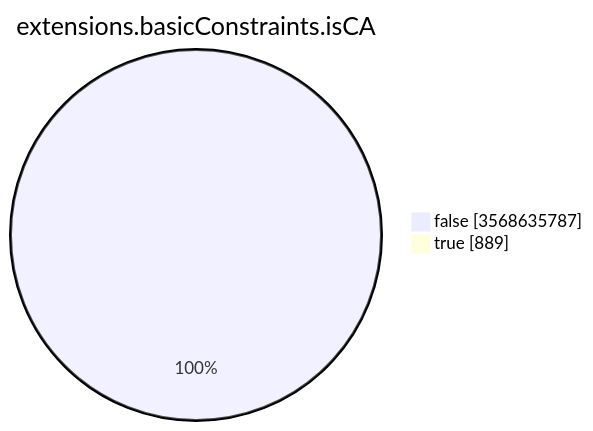
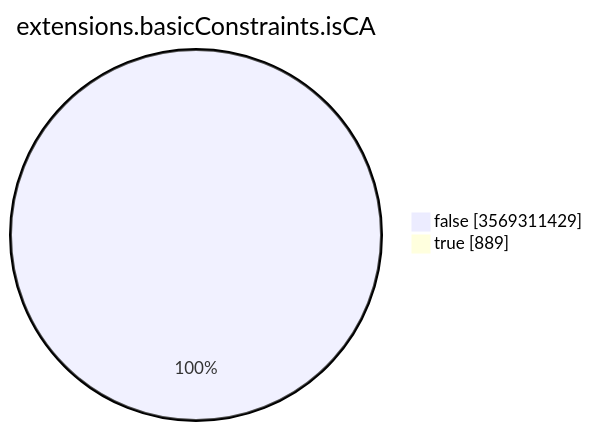
The seventh of 15 diagrams in TOTAL/README.md (christiankrug/ctmonitor_visualization), drawn with Mermaid before and after one commit. The commit also changed other lines of this file, not shown here.

````diff
--- a/TOTAL/README.md
+++ b/TOTAL/README.md
@@ -3094,6 +3094,6 @@
 ```mermaid
 pie showData
 title extensions.basicConstraints.isCA
-"false" :3568635787
+"false" :3569311429
 "true" :889
 ```
````
